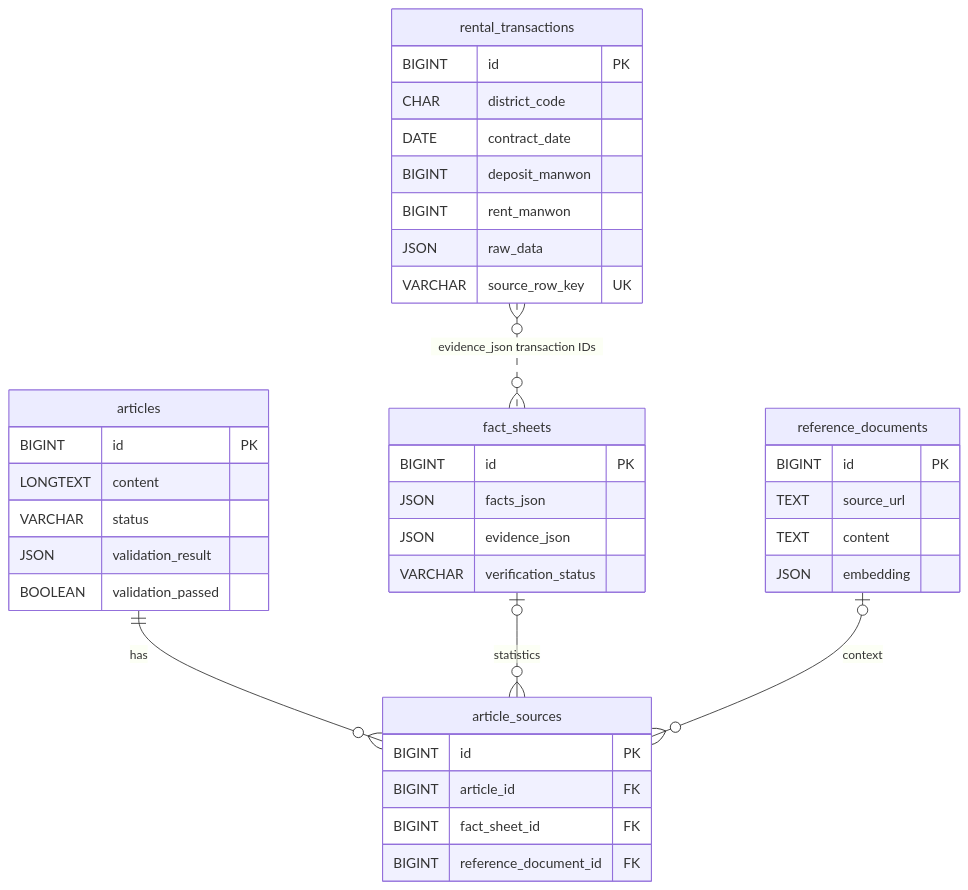
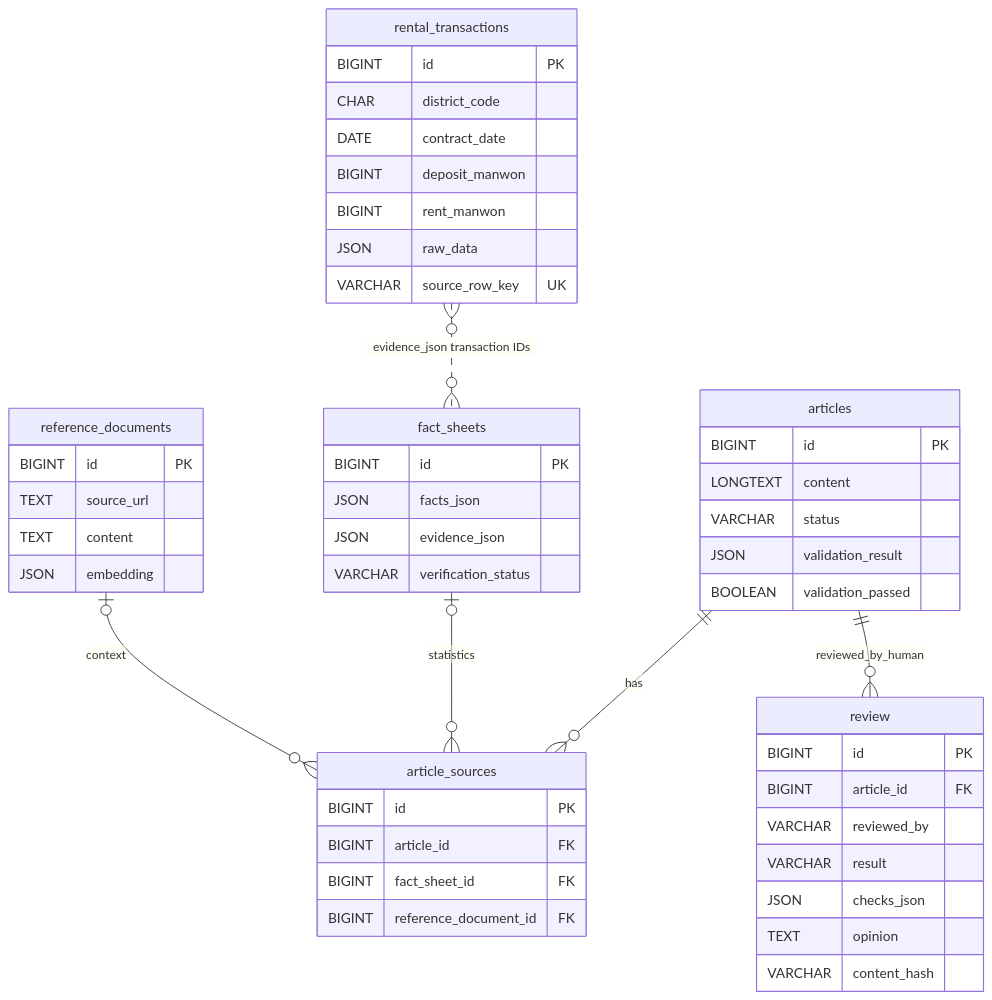
Before and after one commit to csy04x2/rentwatch-news: the second of 2 diagrams in README.md, drawn with Mermaid. The commit also changed other lines of this file, not shown here.

Commit message:
docs: update README for integrated review checklist

```diff
--- a/README.md
+++ b/README.md
@@ -193,6 +198,16 @@
 
     }
 
+    review {
+        BIGINT id PK
+        BIGINT article_id FK
+        VARCHAR reviewed_by
+        VARCHAR result
+        JSON checks_json
+        TEXT opinion
+        VARCHAR content_hash
+    }
+
     article_sources {
 
         BIGINT id PK
@@ -207,6 +222,8 @@
 
     rental_transactions }o..o{ fact_sheets : "evidence_json transaction IDs"
 
+    articles ||--o{ review : reviewed_by_human
+
     articles ||--o{ article_sources : has
 
     fact_sheets |o--o{ article_sources : statistics
```
